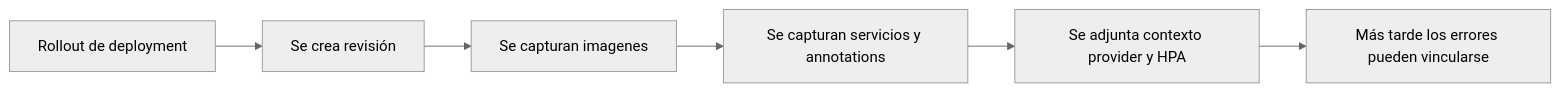
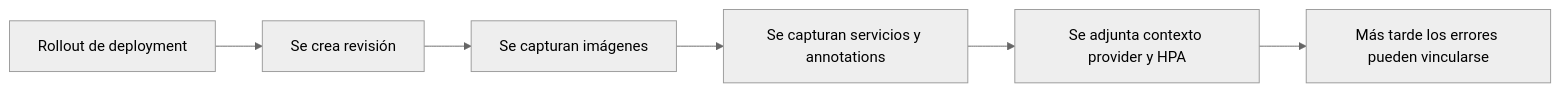
The first of 2 diagrams in src/content/docs/es/revisions/index.md (Moonin-Lab/Moonin-Docs), drawn with Mermaid (neutral theme) before and after one commit. The commit also changed other lines of this file and 30 other files, not shown here.

````diff
--- a/src/content/docs/es/revisions/index.md
+++ b/src/content/docs/es/revisions/index.md
@@ -21,11 +21,11 @@
 ```mermaid
 flowchart LR
     A[Rollout de deployment]
     B[Se crea revisión]
-    C[Se capturan imagenes]
+    C[Se capturan imágenes]
     D[Se capturan servicios y annotations]
     E[Se adjunta contexto provider y HPA]
     F[Más tarde los errores pueden vincularse]
 
     A --> B --> C --> D --> E --> F
 ```
````
